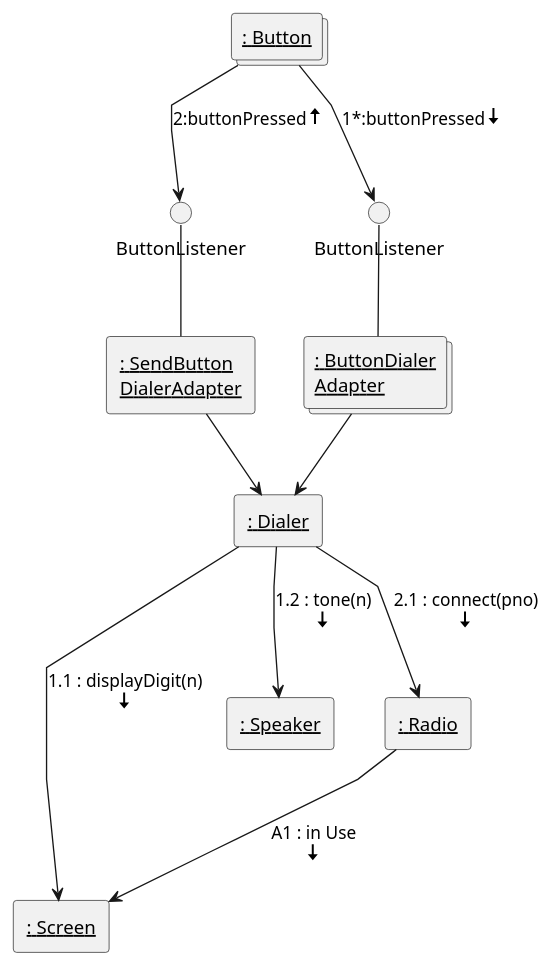
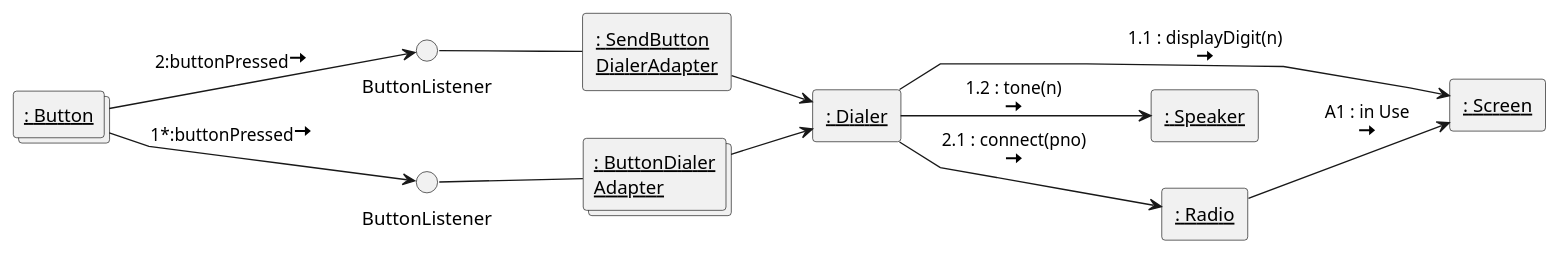
Before and after one commit to JongSeob/Draw-UML-in-UML-for-JAVA: the diagram in Chater 2/Figure_2.10.puml, drawn with PlantUML. The commit also changed 9 other files, not shown here.

Commit message:
add Chapter 8 and update pumls for pretty diagram

```diff
--- a/Chater 2/Figure_2.10.puml
+++ b/Chater 2/Figure_2.10.puml
@@ -1,29 +1,29 @@
 @startuml Figure_2.10
-
+left to right direction
 skinparam Linetype polyline
 'skinparam Linetype ortho
 
 collections "<u>: Button</u>" as Button
 collections "<u>: ButtonDialer</u>\n<u>Adapter</u>" as ButtonDialerAdapter
 rectangle   "<u>: SendButton</u>\n<u>DialerAdapter</u>" as SendButtonDialerAdapter
 rectangle   "<u>: Dialer</u>" as Dialer
 rectangle   "<u>: Screen</u>" as Screen
 rectangle   "<u>: Speaker</u>" as Speaker
 rectangle   "<u>: Radio</u>" as Radio
 
 circle "ButtonListener" as ButtonListener0
 circle "ButtonListener" as ButtonListener1
-ButtonListener0 -d- SendButtonDialerAdapter
-ButtonListener1 -d- ButtonDialerAdapter
+ButtonListener0 -- SendButtonDialerAdapter
+ButtonListener1 -- ButtonDialerAdapter
 
-Button --> ButtonListener0 : 2:buttonPressed<size:18><&arrow-top></size>
-Button --> ButtonListener1 : 1*:buttonPressed<size:18><&arrow-bottom></size>
+Button --> ButtonListener0 : 2:buttonPressed<size:18><&arrow-right></size>
+Button --> ButtonListener1 : 1*:buttonPressed<size:18><&arrow-right></size>
 
 SendButtonDialerAdapter --> Dialer
 ButtonDialerAdapter     --> Dialer
 
-Dialer --> Screen  : "1.1 : displayDigit(n)\n<size:18><&arrow-bottom></size>\n\n\n"
-Dialer --> Speaker : "1.2 : tone(n)\n<size:18><&arrow-bottom></size>"
-Dialer --> Radio   : "2.1 : connect(pno)\n<size:18><&arrow-bottom></size>"
-Radio  --> Screen  : "A1 : in Use\n<size:18><&arrow-bottom></size>"
+Dialer --> Screen  : "1.1 : displayDigit(n)\n<size:18><&arrow-right></size>"
+Dialer --> Speaker : "1.2 : tone(n)\n<size:18><&arrow-right></size>"
+Dialer --> Radio   : "2.1 : connect(pno)\n<size:18><&arrow-right></size>"
+Radio  --> Screen  : "A1 : in Use\n<size:18><&arrow-right></size>"
 @enduml
```
